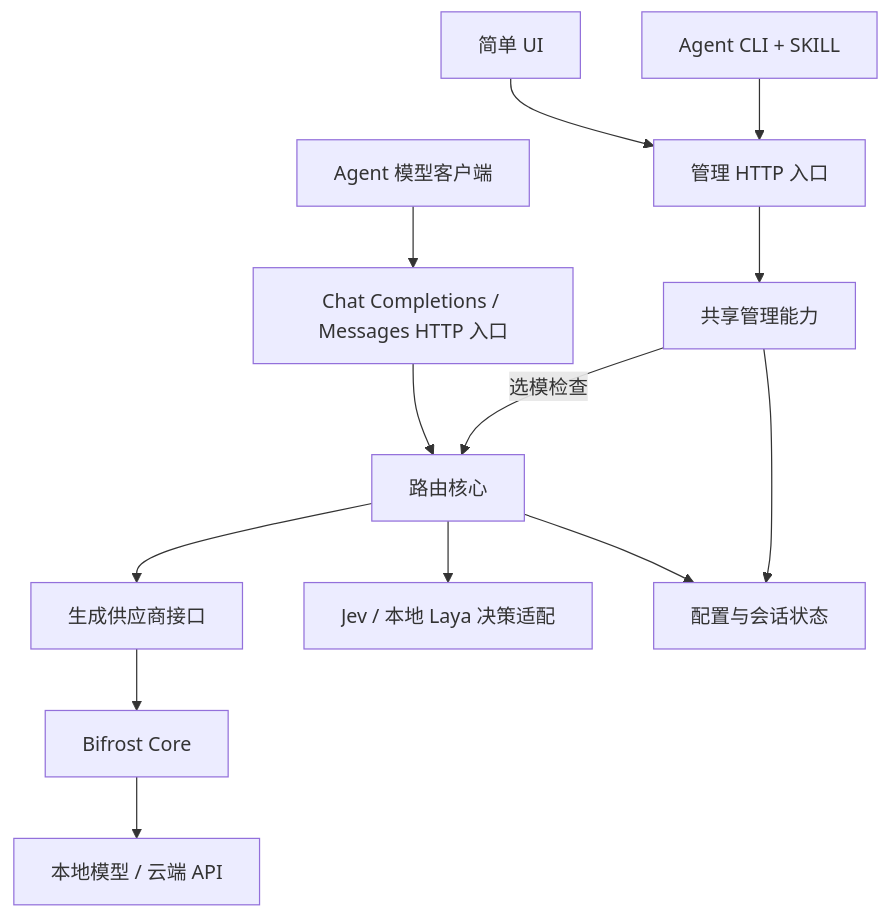
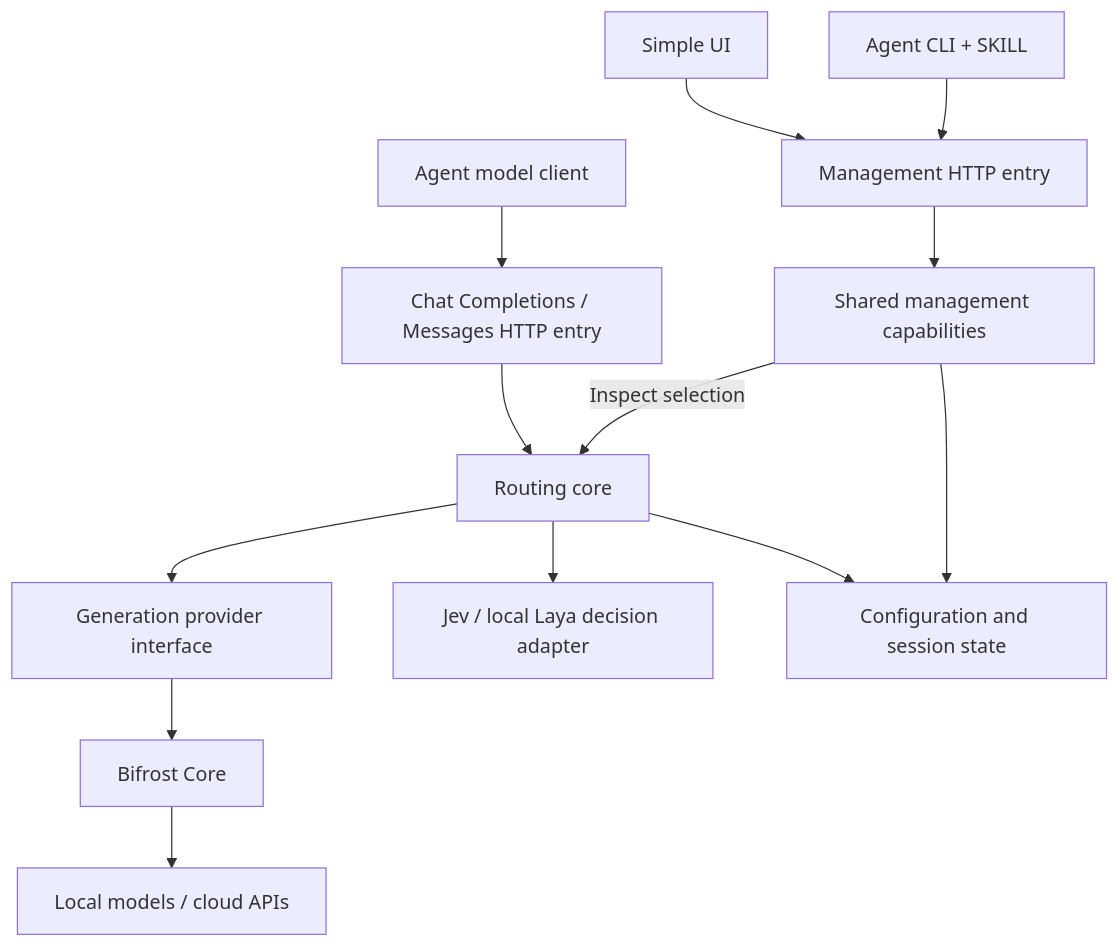
The diagram in docs/architecture.md (zerone-agents/jev-model-router), drawn with Mermaid before and after one commit. The commit also changed other lines of this file and 3 other files, not shown here.

````diff
--- a/docs/architecture.md
+++ b/docs/architecture.md
@@ -9,15 +9,15 @@
 ```mermaid
 flowchart TD
-    A[Agent 模型客户端] --> H[Chat Completions / Messages HTTP 入口]
-    H --> R[路由核心]
-    C[Agent CLI + SKILL] --> MH[管理 HTTP 入口]
-    U[简单 UI] --> MH[管理 HTTP 入口]
-    MH --> M[共享管理能力]
-    M --> S[配置与会话状态]
-    M -->|选模检查| R
+    A[Agent model client] --> H[Chat Completions / Messages HTTP entry]
+    H --> R[Routing core]
+    C[Agent CLI + SKILL] --> MH[Management HTTP entry]
+    U[Simple UI] --> MH
+    MH --> M[Shared management capabilities]
+    M --> S[Configuration and session state]
+    M -->|Inspect selection| R
     R --> S
-    R --> D[Jev / 本地 Laya 决策适配]
-    R --> P[生成供应商接口]
+    R --> D[Jev / local Laya decision adapter]
+    R --> P[Generation provider interface]
     P --> B[Bifrost Core]
-    B --> G[本地模型 / 云端 API]
+    B --> G[Local models / cloud APIs]
 ```
````
